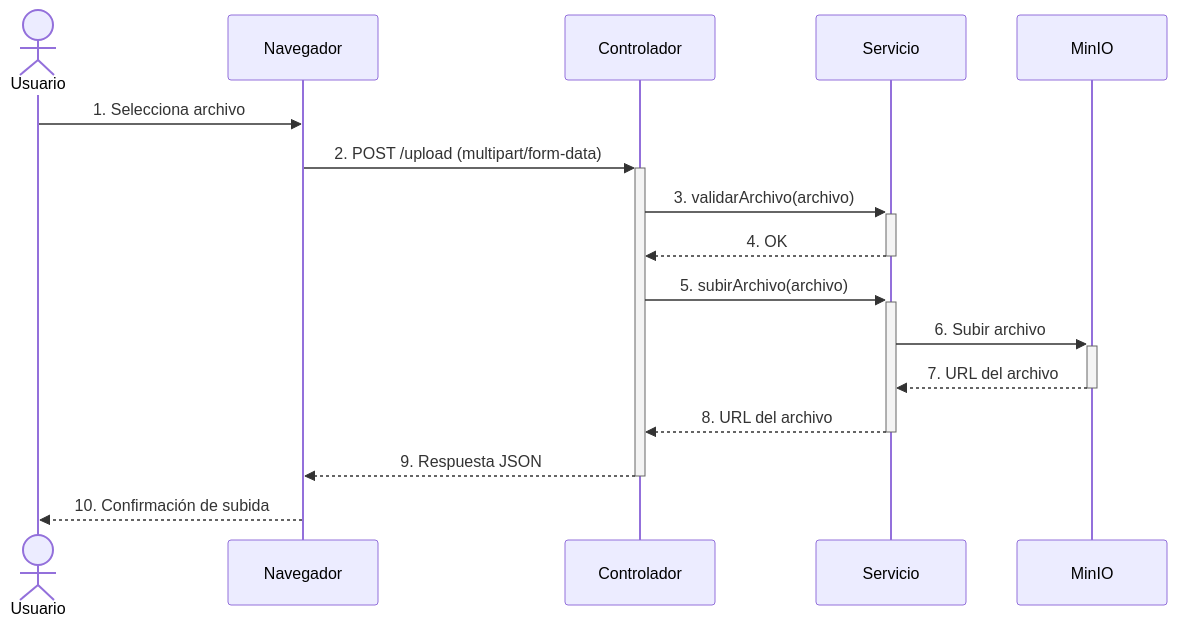
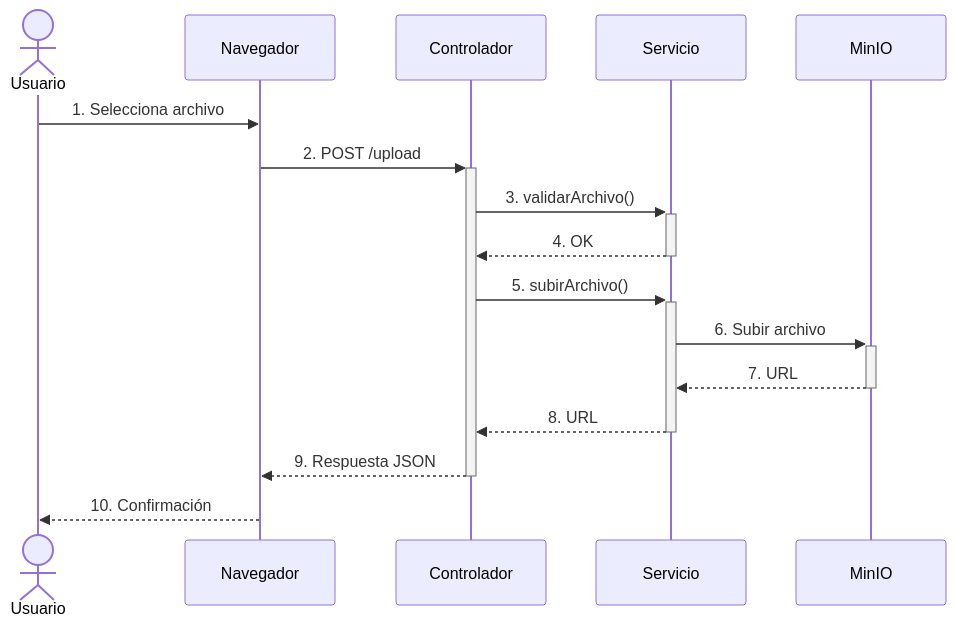
The second of 3 diagrams in docs/diagrams.rst (zademy/thymeleaf-fileinput-minio), drawn with Mermaid before and after one commit. The commit also changed other lines of this file, not shown here.

```diff
--- a/docs/diagrams.rst
+++ b/docs/diagrams.rst
@@ -40,21 +38,21 @@
 .. mermaid::
    :caption: Flujo de Subida de Archivos
 
    %%{init: {'theme': 'default'}}%%
    sequenceDiagram
-       actor Usuario
-       participant Navegador
-       participant Controlador
-       participant Servicio
-       participant MinIO
+       actor U as Usuario
+       participant N as Navegador
+       participant C as Controlador
+       participant S as Servicio
+       participant M as MinIO
        
-       Usuario->>Navegador: 1. Selecciona archivo
-       Navegador->>+Controlador: 2. POST /upload (multipart/form-data)
-       Controlador->>+Servicio: 3. validarArchivo(archivo)
-       Servicio-->>-Controlador: 4. OK
-       Controlador->>+Servicio: 5. subirArchivo(archivo)
-       Servicio->>+MinIO: 6. Subir archivo
-       MinIO-->>-Servicio: 7. URL del archivo
-       Servicio-->>-Controlador: 8. URL del archivo
-       Controlador-->>-Navegador: 9. Respuesta JSON
-       Navegador-->>Usuario: 10. Confirmación de subida
+       U ->> N: 1. Selecciona archivo
+       N ->>+ C: 2. POST /upload
+       C ->>+ S: 3. validarArchivo()
+       S -->>- C: 4. OK
+       C ->>+ S: 5. subirArchivo()
+       S ->>+ M: 6. Subir archivo
+       M -->>- S: 7. URL
+       S -->>- C: 8. URL
+       C -->>- N: 9. Respuesta JSON
+       N -->> U: 10. Confirmación
```
